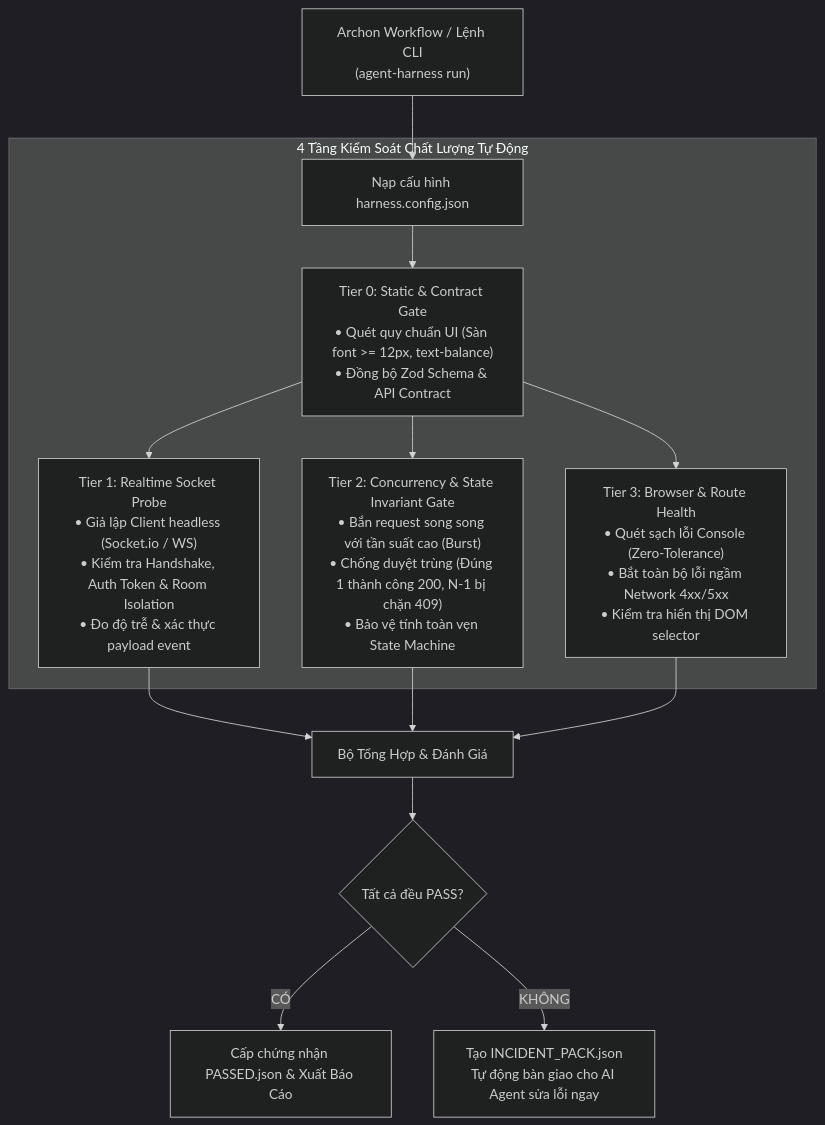
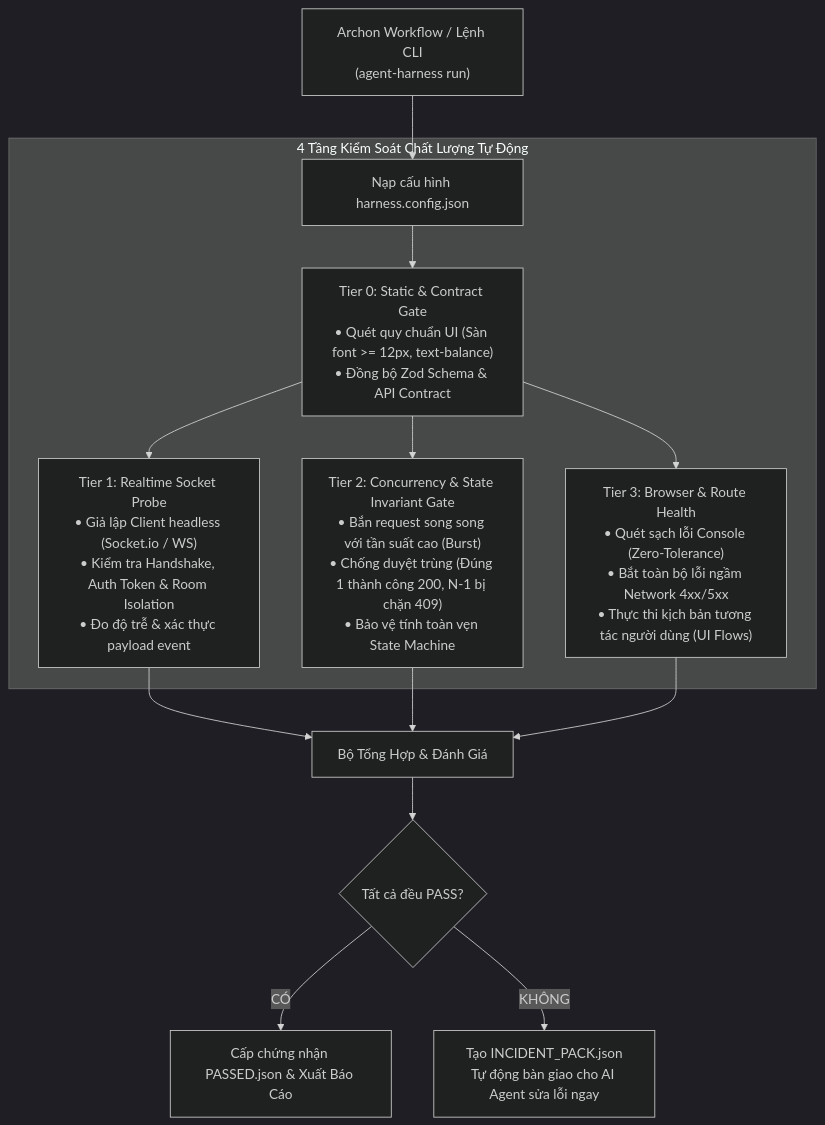
One commit to dangminhdev0403/agent-qa-harness changed the diagram in README.md. Above: the diagram before and after it, drawn with Mermaid (dark theme). The commit also changed other lines of this file and 4 other files, not shown here.

Commit message:
feat(flows): add interactive chrome flow runner and scenario builder commands (add:flow, add:socket, add:concurrency)

````diff
--- a/README.md
+++ b/README.md
@@ -22,22 +42,22 @@
 ```mermaid
 flowchart TD
     Trigger["Archon Workflow / Lệnh CLI<br/>(agent-harness run)"] --> ConfigLoader["Nạp cấu hình harness.config.json"]
 
     subgraph Tiers ["4 Tầng Kiểm Soát Chất Lượng Tự Động"]
         ConfigLoader --> T0["Tier 0: Static & Contract Gate<br/>• Quét quy chuẩn UI (Sàn font >= 12px, text-balance)<br/>• Đồng bộ Zod Schema & API Contract"]
         
         T0 --> T1["Tier 1: Realtime Socket Probe<br/>• Giả lập Client headless (Socket.io / WS)<br/>• Kiểm tra Handshake, Auth Token & Room Isolation<br/>• Đo độ trễ & xác thực payload event"]
         
         T0 --> T2["Tier 2: Concurrency & State Invariant Gate<br/>• Bắn request song song với tần suất cao (Burst)<br/>• Chống duyệt trùng (Đúng 1 thành công 200, N-1 bị chặn 409)<br/>• Bảo vệ tính toàn vẹn State Machine"]
 
-        T0 --> T3["Tier 3: Browser & Route Health<br/>• Quét sạch lỗi Console (Zero-Tolerance)<br/>• Bắt toàn bộ lỗi ngầm Network 4xx/5xx<br/>• Kiểm tra hiển thị DOM selector"]
+        T0 --> T3["Tier 3: Browser & Route Health<br/>• Quét sạch lỗi Console (Zero-Tolerance)<br/>• Bắt toàn bộ lỗi ngầm Network 4xx/5xx<br/>• Thực thi kịch bản tương tác người dùng (UI Flows)"]
     end
 
     T1 --> Convergence["Bộ Tổng Hợp & Đánh Giá"]
     T2 --> Convergence
     T3 --> Convergence
 
     Convergence --> Check{Tất cả đều PASS?}
     Check -- CÓ --> Pass[" Cấp chứng nhận PASSED.json & Xuất Báo Cáo"]
     Check -- KHÔNG --> IncidentPack[" Tạo INCIDENT_PACK.json<br/>Tự động bàn giao cho AI Agent sửa lỗi ngay"]
 ```
````
